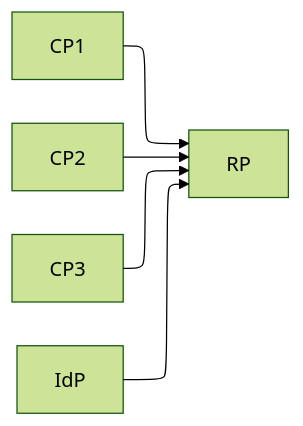
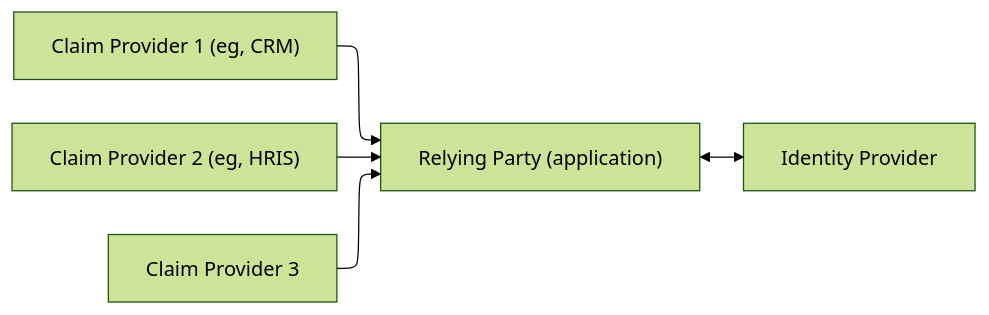
The diagram in docs/learn/oidc/12-aggregated-and-distributed-claims.md (mffap/aboutauth), drawn with Mermaid before and after one commit.

````diff
--- a/docs/learn/oidc/12-aggregated-and-distributed-claims.md
+++ b/docs/learn/oidc/12-aggregated-and-distributed-claims.md
@@ -10,9 +10,8 @@
 ```mermaid
 flowchart-elk LR
 %%{ init : { "theme" : "forest", "flowchart" : { "**curve" : "stepBefore**" }}}%%
-    
-    CP1 --> RP
-    CP2 --> RP
-    CP3 --> RP
-    IdP --> RP
+    CP1["Claim Provider 1 (eg, CRM)"] --> RP["Relying Party (application)"]
+    CP2["Claim Provider 2 (eg, HRIS)"] --> RP
+    CP3[Claim Provider 3] --> RP
+    RP <---> IdP[Identity Provider]
 ```
````
